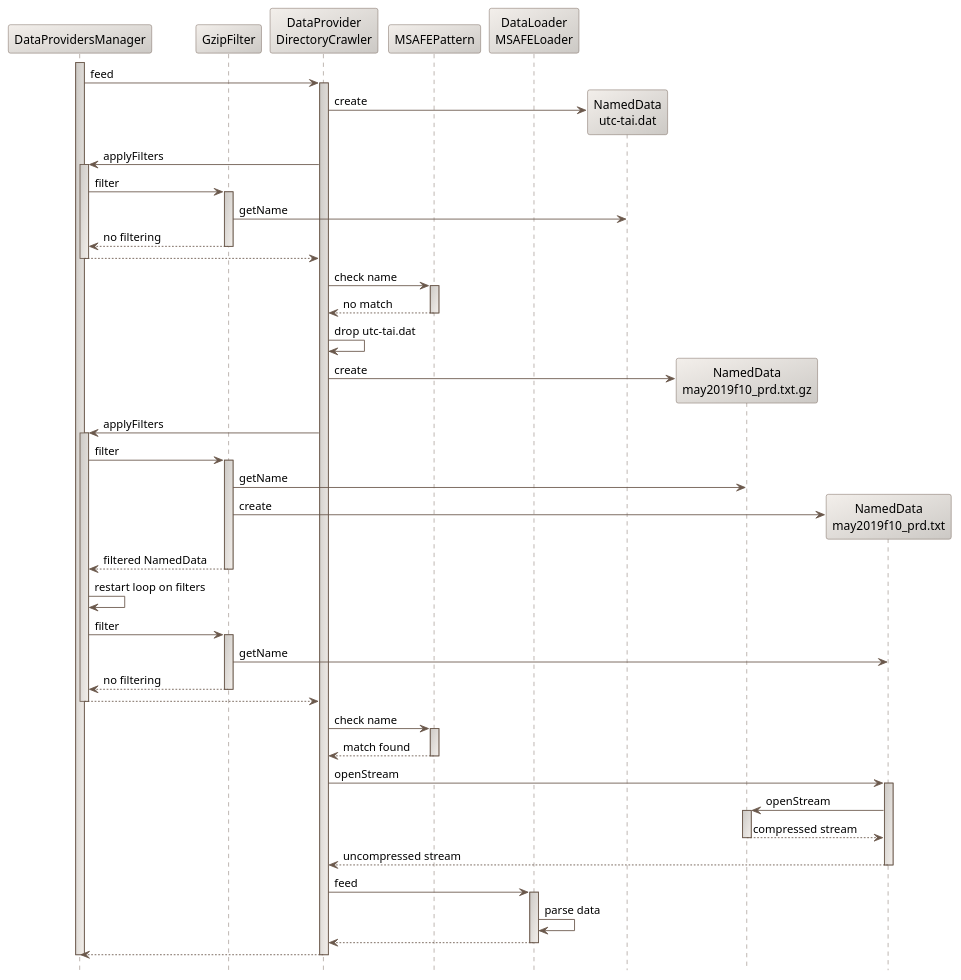
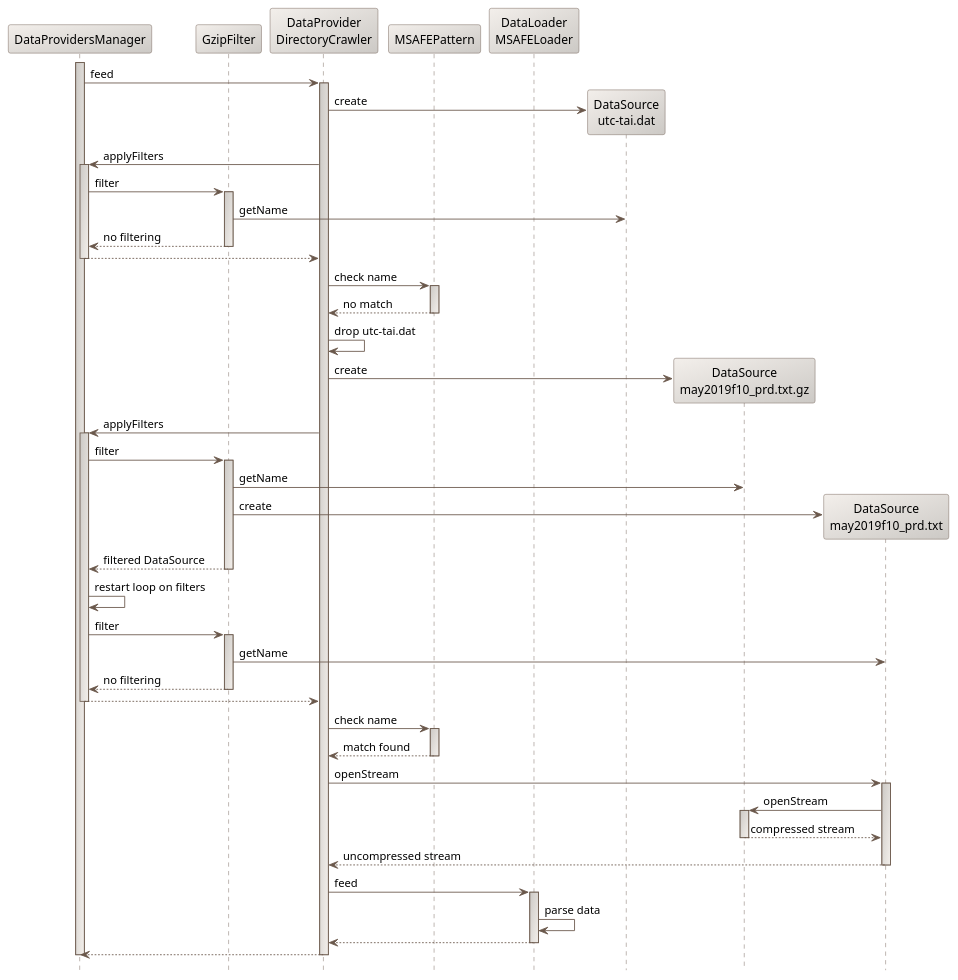
The diagram in src/design/data-filtering-sequence-diagram.puml (CS-SI/Orekit), drawn with PlantUML before and after one commit. The commit also changed 30 other files, not shown here.

```diff
--- a/src/design/data-filtering-sequence-diagram.puml
+++ b/src/design/data-filtering-sequence-diagram.puml
@@ -17,86 +17,86 @@
 @startuml
 
   skinparam svek                                true
   skinparam NoteBackgroundColor                 #F3EFEB
   skinparam NoteBorderColor                     #691616
   skinparam NoteFontColor                       #691616
   skinparam SequenceActorBorderColor            #6A584B
   skinparam SequenceParticipantBackgroundColor  #F3EFEB/CCC9C5
   skinparam SequenceParticipantBorderColor      #6A584B
   skinparam SequenceLifeLineBackgroundColor     #CCC9C5/F3EFEB
   skinparam SequenceLifeLineBorderColor         #6A584B
   skinparam SequenceArrowColor                  #6A584B
   skinparam SequenceBorderColor                 #6A584B
   skinparam SequenceFontSize                    11
 
   hide footbox
 
   participant DataProvidersManager
   participant GzipFilter
   participant "DataProvider\nDirectoryCrawler" as DirectoryCrawler
   participant MSAFEPattern
   participant "DataLoader\nMSAFELoader" as MSAFELoader
-  participant "NamedData\nutc-tai.dat" as NamedData1
-  participant "NamedData\nmay2019f10_prd.txt.gz" as NamedData2
-  participant "NamedData\nmay2019f10_prd.txt" as NamedData3
+  participant "DataSource\nutc-tai.dat" as DataSource1
+  participant "DataSource\nmay2019f10_prd.txt.gz" as DataSource2
+  participant "DataSource\nmay2019f10_prd.txt" as DataSource3
 
   activate DataProvidersManager
     DataProvidersManager -> DirectoryCrawler : feed
     activate DirectoryCrawler
-      create NamedData1
-      DirectoryCrawler                    ->           NamedData1 : create
+      create DataSource1
+      DirectoryCrawler                    ->           DataSource1 : create
       DirectoryCrawler                    ->         DataProvidersManager : applyFilters
       activate DataProvidersManager
         DataProvidersManager  -> GzipFilter : filter
         activate GzipFilter
-          GzipFilter -> NamedData1 : getName
+          GzipFilter -> DataSource1 : getName
           return no filtering
         deactivate GzipFilter
         DataProvidersManager                    -->         DirectoryCrawler
       deactivate DataProvidersManager
       DirectoryCrawler -> MSAFEPattern : check name
       activate MSAFEPattern
         MSAFEPattern --> DirectoryCrawler : no match
       deactivate MSAFEPattern
       DirectoryCrawler -> DirectoryCrawler : drop utc-tai.dat
-      create NamedData2
-      DirectoryCrawler                    ->           NamedData2 : create
+      create DataSource2
+      DirectoryCrawler                    ->           DataSource2 : create
       DirectoryCrawler                    ->         DataProvidersManager : applyFilters
       activate DataProvidersManager
         DataProvidersManager  -> GzipFilter : filter
         activate GzipFilter
-          GzipFilter -> NamedData2 : getName
-          create NamedData3
-           GzipFilter -> NamedData3 : create
-          return filtered NamedData
+          GzipFilter -> DataSource2 : getName
+          create DataSource3
+           GzipFilter -> DataSource3 : create
+          return filtered DataSource
         deactivate GzipFilter
         DataProvidersManager -> DataProvidersManager : restart loop on filters
         DataProvidersManager  -> GzipFilter : filter
         activate GzipFilter
-          GzipFilter -> NamedData3 : getName
+          GzipFilter -> DataSource3 : getName
           return no filtering
         deactivate GzipFilter
         DataProvidersManager                    -->         DirectoryCrawler
       deactivate DataProvidersManager
       DirectoryCrawler -> MSAFEPattern : check name
       activate MSAFEPattern
         MSAFEPattern --> DirectoryCrawler : match found
       deactivate MSAFEPattern
-      DirectoryCrawler -> NamedData3 : openStream
-      activate NamedData3
-        NamedData3 -> NamedData2 : openStream
-        activate NamedData2
-          NamedData2 --> NamedData3 : compressed stream
-        deactivate NamedData2
-          NamedData3 --> DirectoryCrawler : uncompressed stream
-      deactivate NamedData3
+      DirectoryCrawler -> DataSource3 : openStream
+      activate DataSource3
+        DataSource3 -> DataSource2 : openStream
+        activate DataSource2
+          DataSource2 --> DataSource3 : compressed stream
+        deactivate DataSource2
+          DataSource3 --> DirectoryCrawler : uncompressed stream
+      deactivate DataSource3
       DirectoryCrawler -> MSAFELoader : feed
       activate MSAFELoader
         MSAFELoader -> MSAFELoader : parse data
         MSAFELoader --> DirectoryCrawler
       deactivate MSAFELoader
       DirectoryCrawler --> DataProvidersManager
     deactivate DirectoryCrawler
   deactivate DataProvidersManager
 
 @enduml
```
